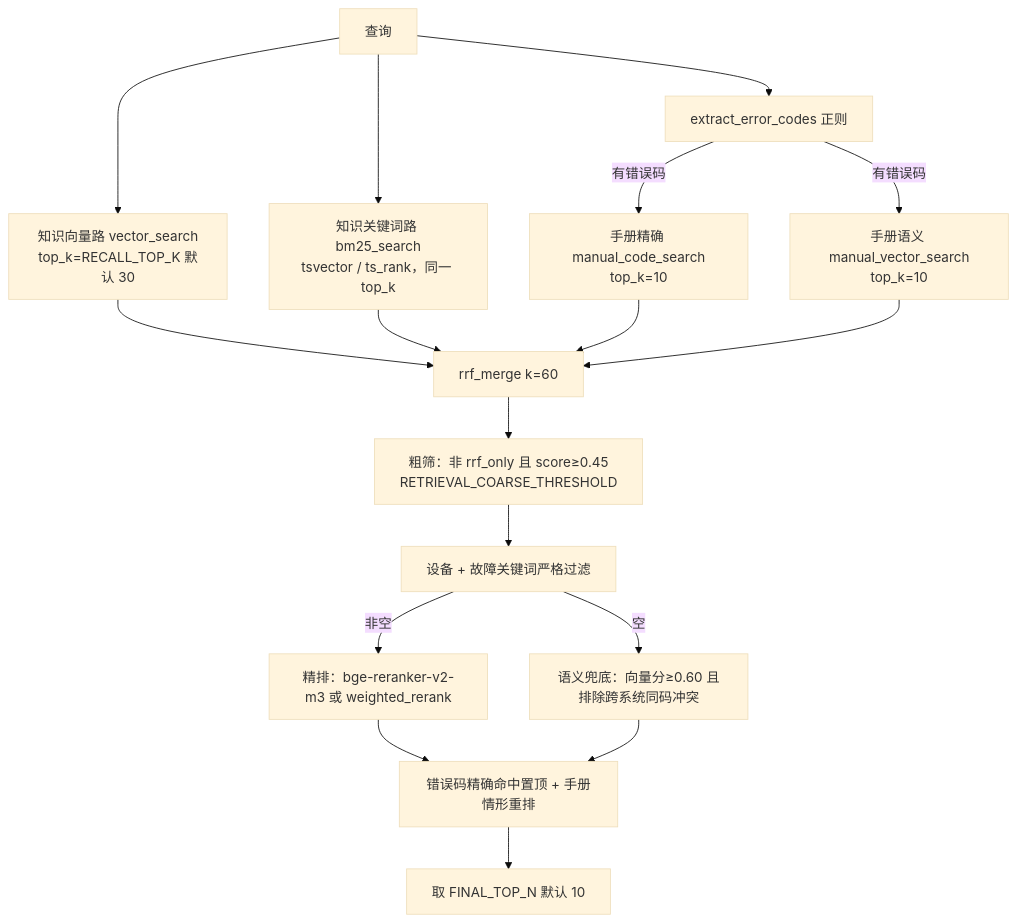
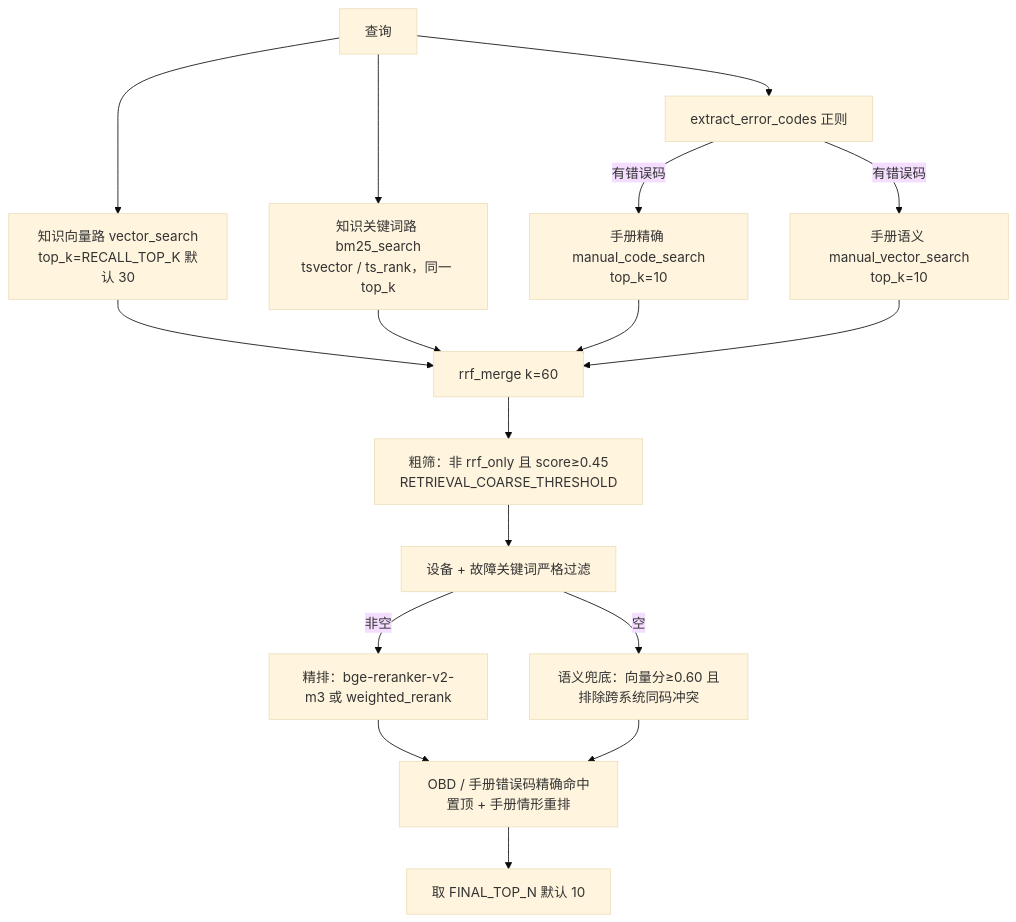
One commit to SHUN-EI/Car-Repair-System changed the fourth of 10 diagrams in docs/ARCHITECTURE.md. Above: the diagram before and after it, drawn with Mermaid (base theme). The commit also changed other lines of this file and 14 other files, not shown here.

````diff
--- a/docs/ARCHITECTURE.md
+++ b/docs/ARCHITECTURE.md
@@ -418,19 +418,19 @@
 ```mermaid
 flowchart TD
     Q[查询] --> E[extract_error_codes 正则]
     Q --> V["知识向量路 vector_search<br/>top_k=RECALL_TOP_K 默认 30"]
     Q --> B["知识关键词路 bm25_search<br/>tsvector / ts_rank，同一 top_k"]
     E -->|有错误码| MX["手册精确 manual_code_search<br/>top_k=10"]
     E -->|有错误码| MV["手册语义 manual_vector_search<br/>top_k=10"]
     V --> RRF["rrf_merge k=60"]
     B --> RRF
     MX --> RRF
     MV --> RRF
     RRF --> COARSE["粗筛：非 rrf_only 且 score≥0.45<br/>RETRIEVAL_COARSE_THRESHOLD"]
     COARSE --> STRICT["设备 + 故障关键词严格过滤"]
     STRICT -->|非空| RR["精排：bge-reranker-v2-m3 或 weighted_rerank"]
     STRICT -->|空| RESCUE["语义兜底：向量分≥0.60 且排除跨系统同码冲突"]
-    RR --> PIN["错误码精确命中置顶 + 手册情形重排"]
+    RR --> PIN["OBD / 手册错误码精确命中置顶 + 手册情形重排"]
     RESCUE --> PIN
     PIN --> OUT["取 FINAL_TOP_N 默认 10"]
 ```
````
